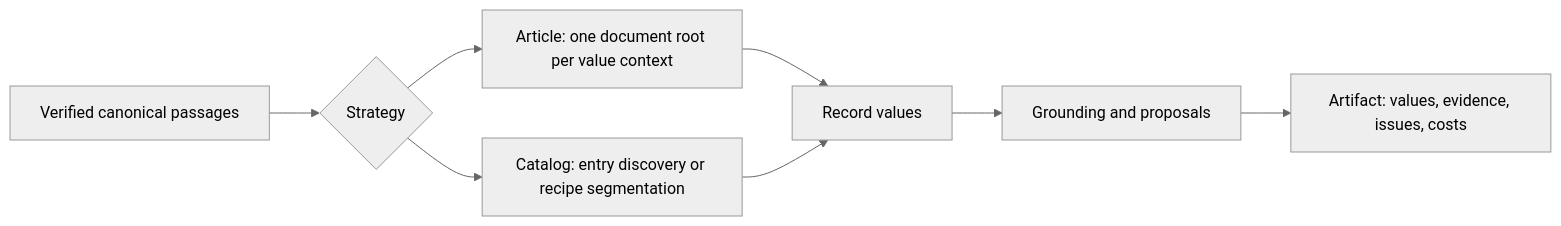
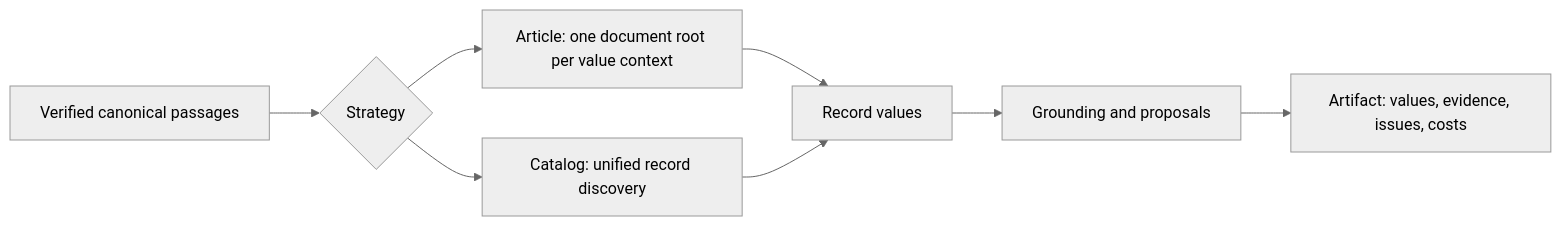
One commit to HUM-CDCH/FREE changed the diagram in apps/parsing_service/docs/extraction-experiments.md. Above: the diagram before and after it, drawn with Mermaid (neutral theme). The commit also changed other lines of this file and 39 other files, not shown here.

````diff
--- a/apps/parsing_service/docs/extraction-experiments.md
+++ b/apps/parsing_service/docs/extraction-experiments.md
@@ -10,10 +10,10 @@
 ```mermaid
 flowchart LR
   C[Verified canonical passages] --> R{Strategy}
   R --> A[Article: one document root per value context]
-  R --> G[Catalog: entry discovery or recipe segmentation]
+  R --> G[Catalog: unified record discovery]
   A --> V[Record values]
   G --> V
   V --> Q[Grounding and proposals]
   Q --> O[Artifact: values, evidence, issues, costs]
 ```
````
